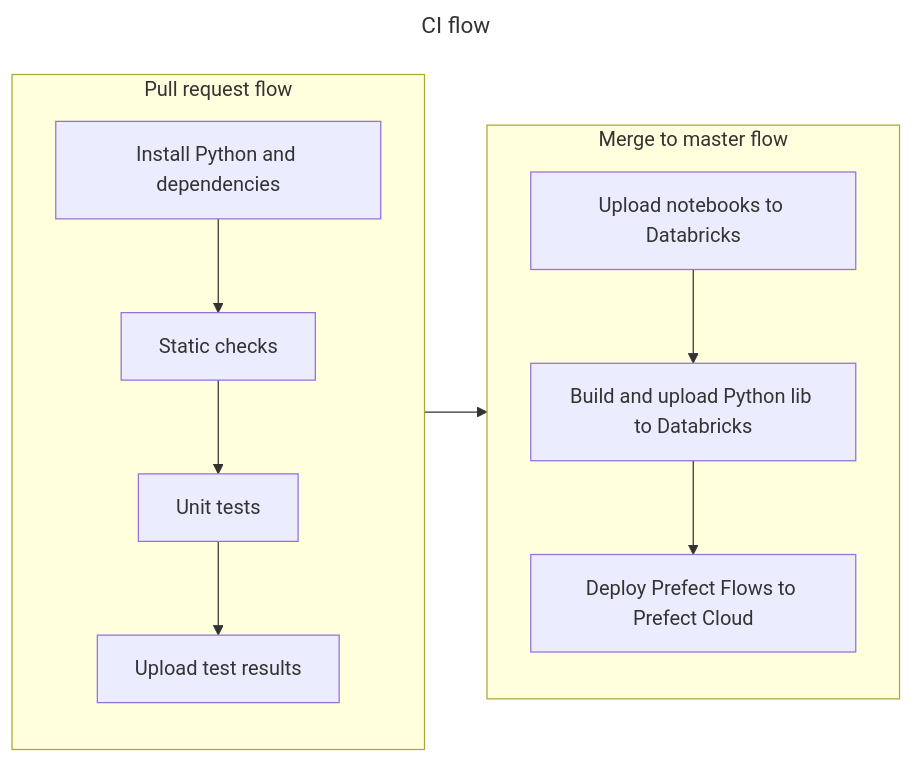
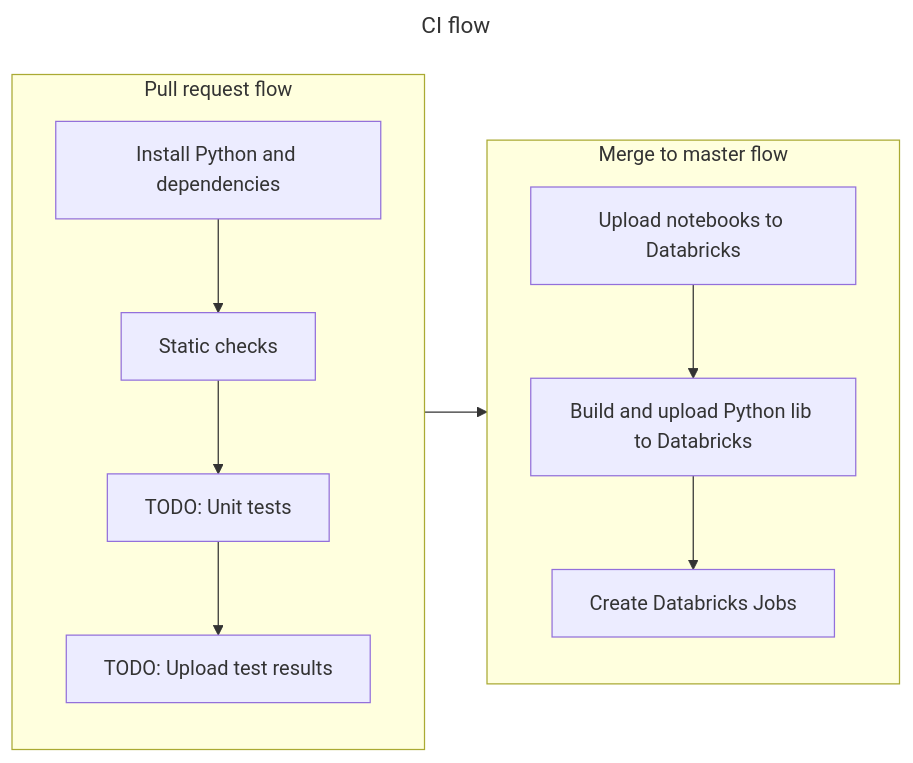
Before and after one commit to alex7c4/databricks_pipelines: the diagram in README.md, drawn with Mermaid. The commit also changed other lines of this file and 7 other files, not shown here.

````diff
--- a/README.md
+++ b/README.md
@@ -25,23 +21,23 @@
 ```mermaid
 ---
 title: CI flow
 ---
 flowchart LR
 
     subgraph pr[Pull request flow]
     direction TB
         A1[Install Python and dependencies] -->
         B1[Static checks] -->
-        C1[Unit tests] -->
-        D1[Upload test results]
+        C1[TODO: Unit tests] -->
+        D1[TODO: Upload test results]
     end
 
     subgraph deploy[Merge to master flow]
     direction TB
         A2[Upload notebooks to Databricks] -->
         B2[Build and upload Python lib to Databricks] -->
-        C2[Deploy Prefect Flows to Prefect Cloud]
+        C2[Create Databricks Jobs]
     end
 
     pr --> deploy
 ```
````
